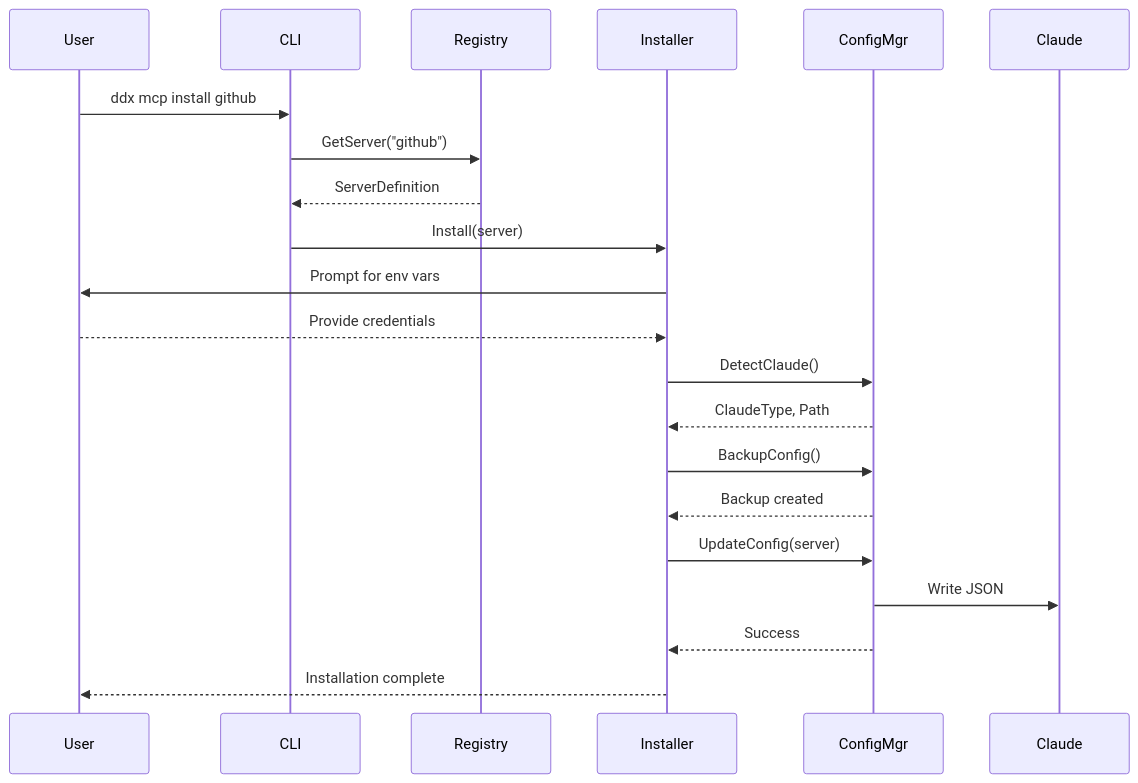
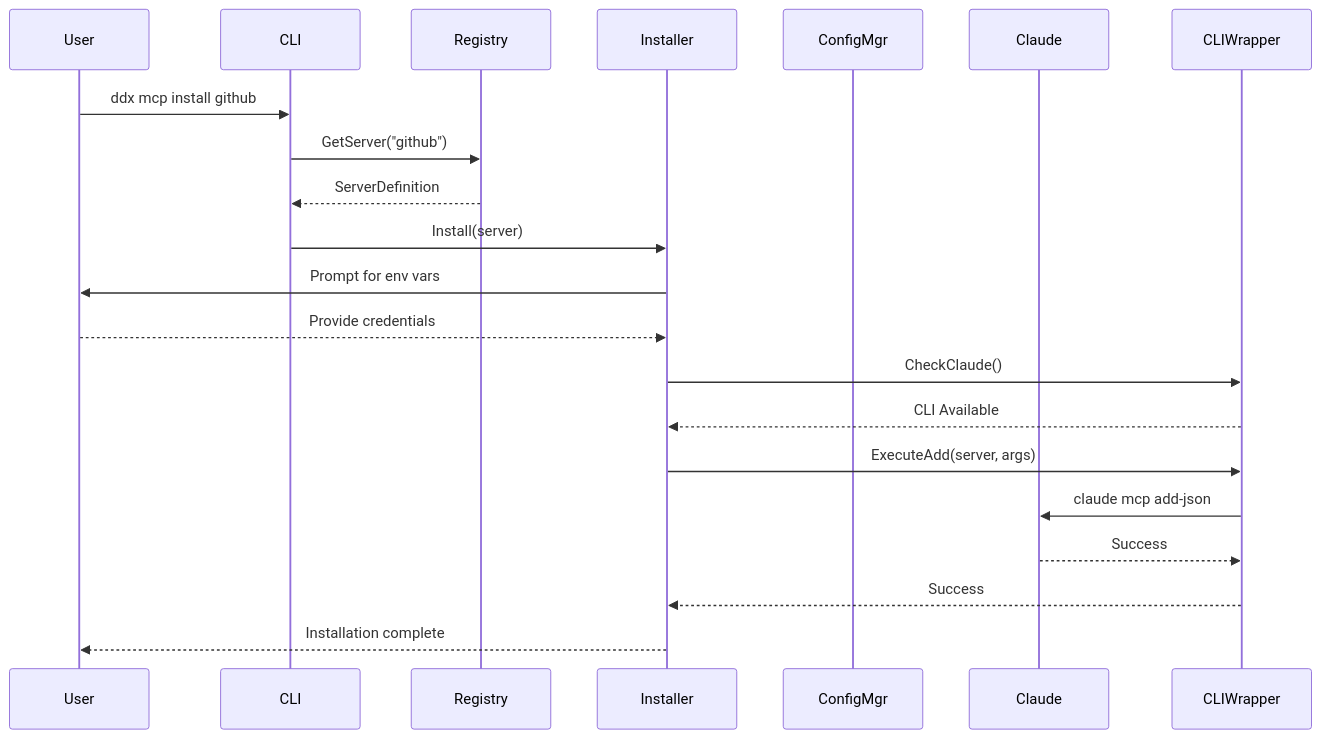
Before and after one commit to easel/ddx: the third of 4 diagrams in docs/helix/02-design/solution-designs/SD-001-mcp-management.md, drawn with Mermaid. The commit also changed other lines of this file and 16 other files, not shown here.

First line of the commit message:
feat: replace MCP config file manipulation with Claude CLI integration and add productivity servers

````diff
--- a/docs/helix/02-design/solution-designs/SD-001-mcp-management.md
+++ b/docs/helix/02-design/solution-designs/SD-001-mcp-management.md
@@ -260,29 +259,27 @@
 ```mermaid
 sequenceDiagram
     participant User
     participant CLI
     participant Registry
     participant Installer
     participant ConfigMgr
     participant Claude
     
     User->>CLI: ddx mcp install github
     CLI->>Registry: GetServer("github")
     Registry-->>CLI: ServerDefinition
     
     CLI->>Installer: Install(server)
     Installer->>User: Prompt for env vars
     User-->>Installer: Provide credentials
-    
-    Installer->>ConfigMgr: DetectClaude()
-    ConfigMgr-->>Installer: ClaudeType, Path
-    
-    Installer->>ConfigMgr: BackupConfig()
-    ConfigMgr-->>Installer: Backup created
-    
-    Installer->>ConfigMgr: UpdateConfig(server)
-    ConfigMgr->>Claude: Write JSON
-    ConfigMgr-->>Installer: Success
+
+    Installer->>CLIWrapper: CheckClaude()
+    CLIWrapper-->>Installer: CLI Available
+
+    Installer->>CLIWrapper: ExecuteAdd(server, args)
+    CLIWrapper->>Claude: claude mcp add-json
+    Claude-->>CLIWrapper: Success
+    CLIWrapper-->>Installer: Success
     
     Installer-->>User: Installation complete
 ```
````
